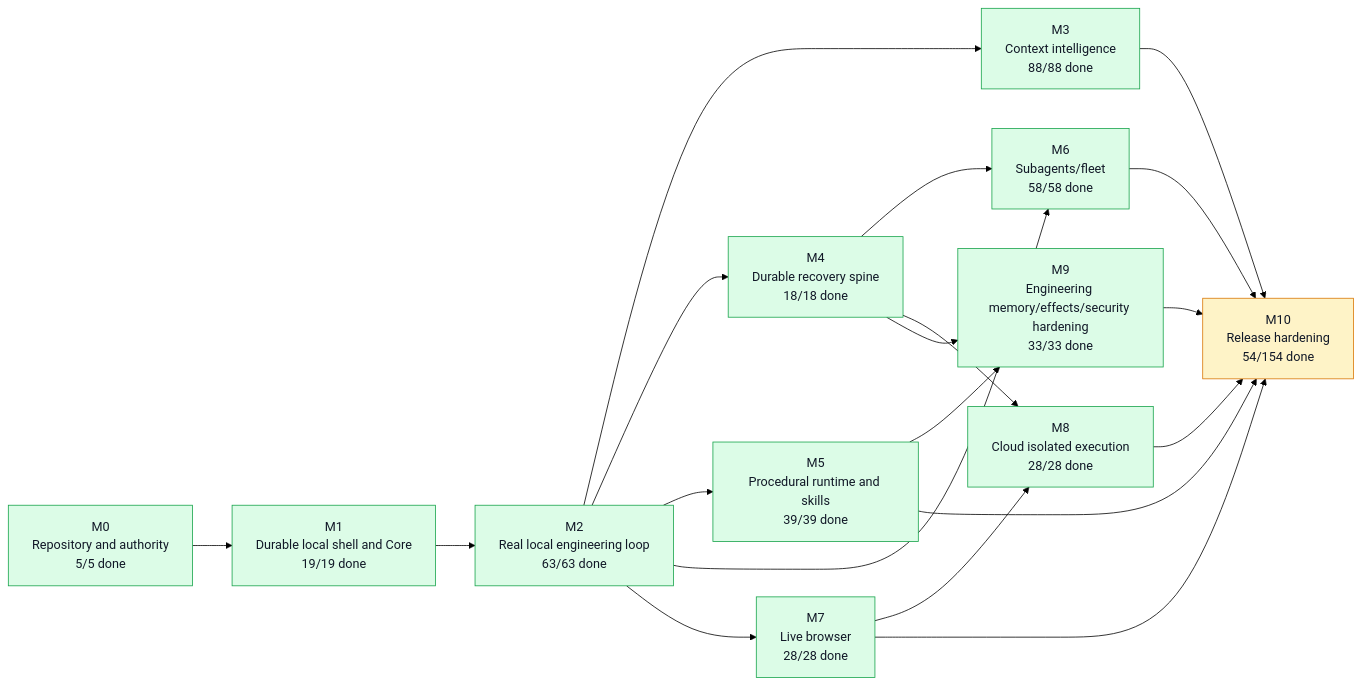
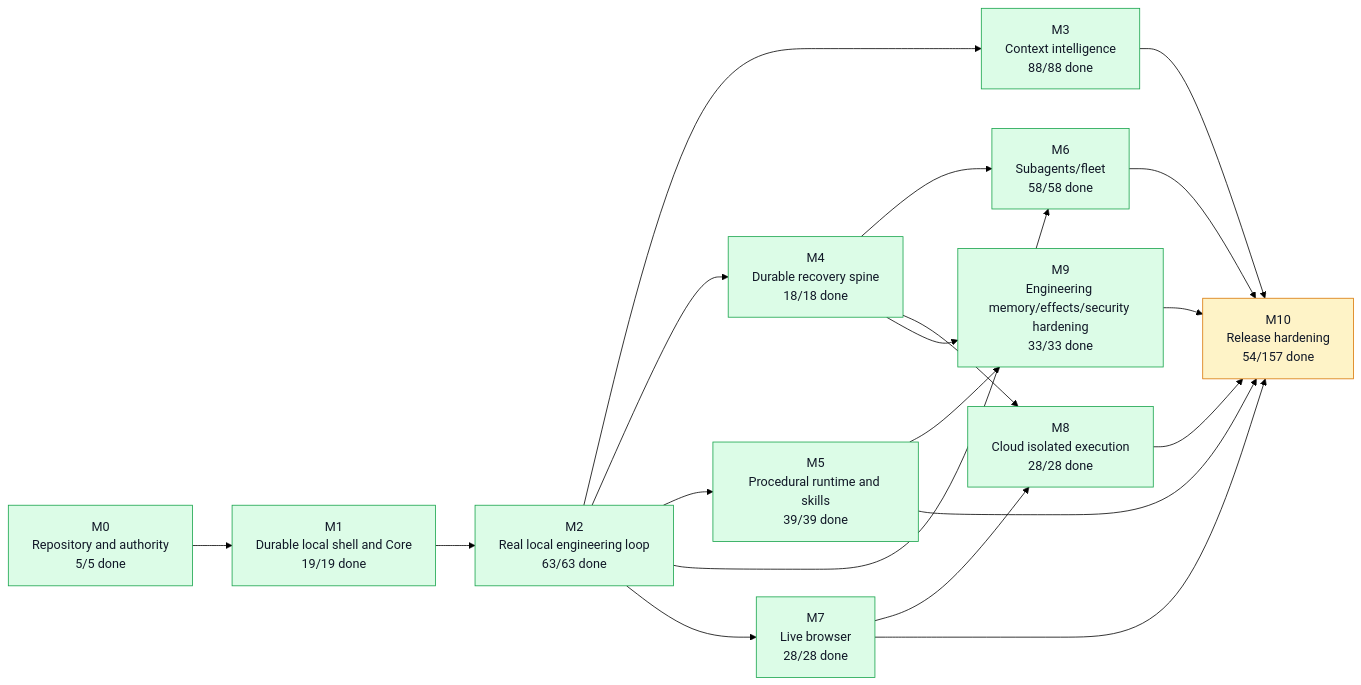
The first of 5 diagrams in graph/PROJECT_GRAPH.md (moss101/modbit), drawn with Mermaid (forest theme) before and after one commit. The commit also changed other lines of this file and 13 other files, not shown here.

````diff
--- a/graph/PROJECT_GRAPH.md
+++ b/graph/PROJECT_GRAPH.md
@@ -57,43 +57,43 @@
 ```mermaid
 flowchart LR
   M0["M0<br/>Repository and authority<br/>5/5 done"]
   M1["M1<br/>Durable local shell and Core<br/>19/19 done"]
   M2["M2<br/>Real local engineering loop<br/>63/63 done"]
   M3["M3<br/>Context intelligence<br/>88/88 done"]
   M4["M4<br/>Durable recovery spine<br/>18/18 done"]
   M5["M5<br/>Procedural runtime and skills<br/>39/39 done"]
   M6["M6<br/>Subagents/fleet<br/>58/58 done"]
   M7["M7<br/>Live browser<br/>28/28 done"]
   M8["M8<br/>Cloud isolated execution<br/>28/28 done"]
   M9["M9<br/>Engineering memory/effects/security hardening<br/>33/33 done"]
-  M10["M10<br/>Release hardening<br/>54/154 done"]
+  M10["M10<br/>Release hardening<br/>54/157 done"]
   M0 --> M1
   M1 --> M2
   M2 --> M3
   M2 --> M4
   M2 --> M5
   M2 --> M6
   M4 --> M6
   M2 --> M7
   M4 --> M8
   M7 --> M8
   M4 --> M9
   M5 --> M9
   M3 --> M10
   M5 --> M10
   M6 --> M10
   M7 --> M10
   M8 --> M10
   M9 --> M10
   style M0 fill:#dcfce7,stroke:#16a34a,color:#111827
   style M1 fill:#dcfce7,stroke:#16a34a,color:#111827
   style M2 fill:#dcfce7,stroke:#16a34a,color:#111827
   style M3 fill:#dcfce7,stroke:#16a34a,color:#111827
   style M4 fill:#dcfce7,stroke:#16a34a,color:#111827
   style M5 fill:#dcfce7,stroke:#16a34a,color:#111827
   style M6 fill:#dcfce7,stroke:#16a34a,color:#111827
   style M7 fill:#dcfce7,stroke:#16a34a,color:#111827
   style M8 fill:#dcfce7,stroke:#16a34a,color:#111827
   style M9 fill:#dcfce7,stroke:#16a34a,color:#111827
   style M10 fill:#fef3c7,stroke:#d97706,color:#111827
 ```
````
